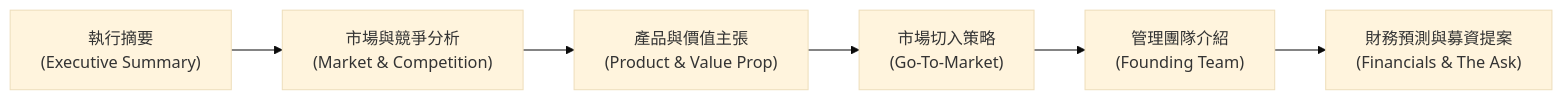
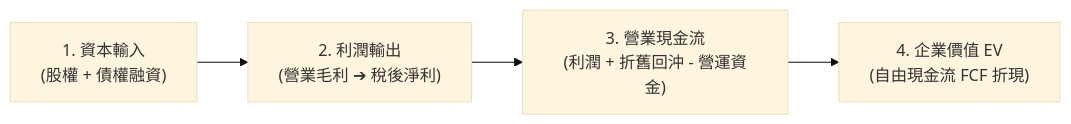
One commit to Jimlin0428/my-digital-garden changed the fifth of 6 diagrams in src/site/notes/04_主題選修/10_創業與企業財務策略/W02_創業構想與商業計畫.md. Above: the diagram before and after it, drawn with Mermaid (base theme). The commit also changed other lines of this file and 3 other files, not shown here.

````diff
--- a/src/site/notes/04_主題選修/10_創業與企業財務策略/W02_創業構想與商業計畫.md
+++ b/src/site/notes/04_主題選修/10_創業與企業財務策略/W02_創業構想與商業計畫.md
@@ -88,8 +256,6 @@
 ```mermaid
 flowchart LR
-    BP1["執行摘要<br/>(Executive Summary)"] --> BP2["市場與競爭分析<br/>(Market & Competition)"]
-    BP2 --> BP3["產品與價值主張<br/>(Product & Value Prop)"]
-    BP3 --> BP4["市場切入策略<br/>(Go-To-Market)"]
-    BP4 --> BP5["管理團隊介紹<br/>(Founding Team)"]
-    BP5 --> BP6["財務預測與募資提案<br/>(Financials & The Ask)"]
+    CapIn["1. 資本輸入<br/>(股權 + 債權融資)"] --> ProfOut["2. 利潤輸出<br/>(營業毛利 ➔ 稅後淨利)"]
+    ProfOut --> OpCF["3. 營業現金流<br/>(利潤 + 折舊回沖 - 營運資金)"]
+    OpCF --> EV["4. 企業價值 EV<br/>(自由現金流 FCF 折現)"]
 ```
````
